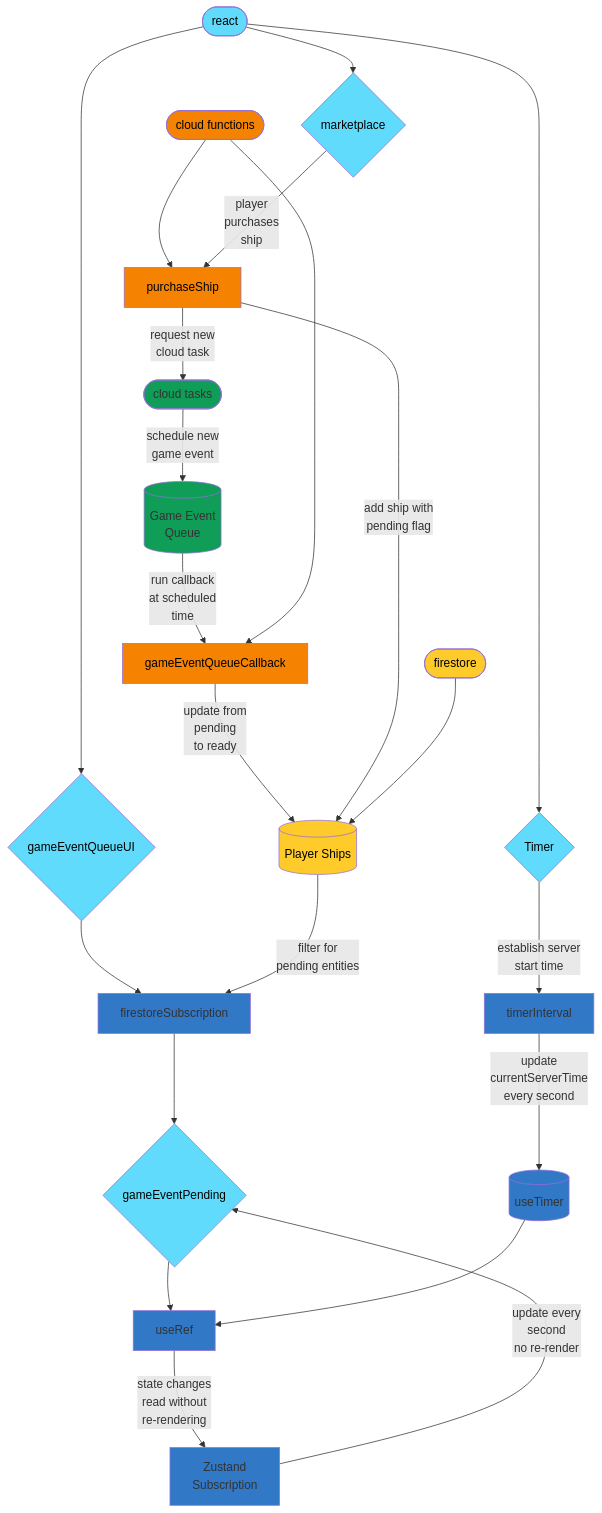
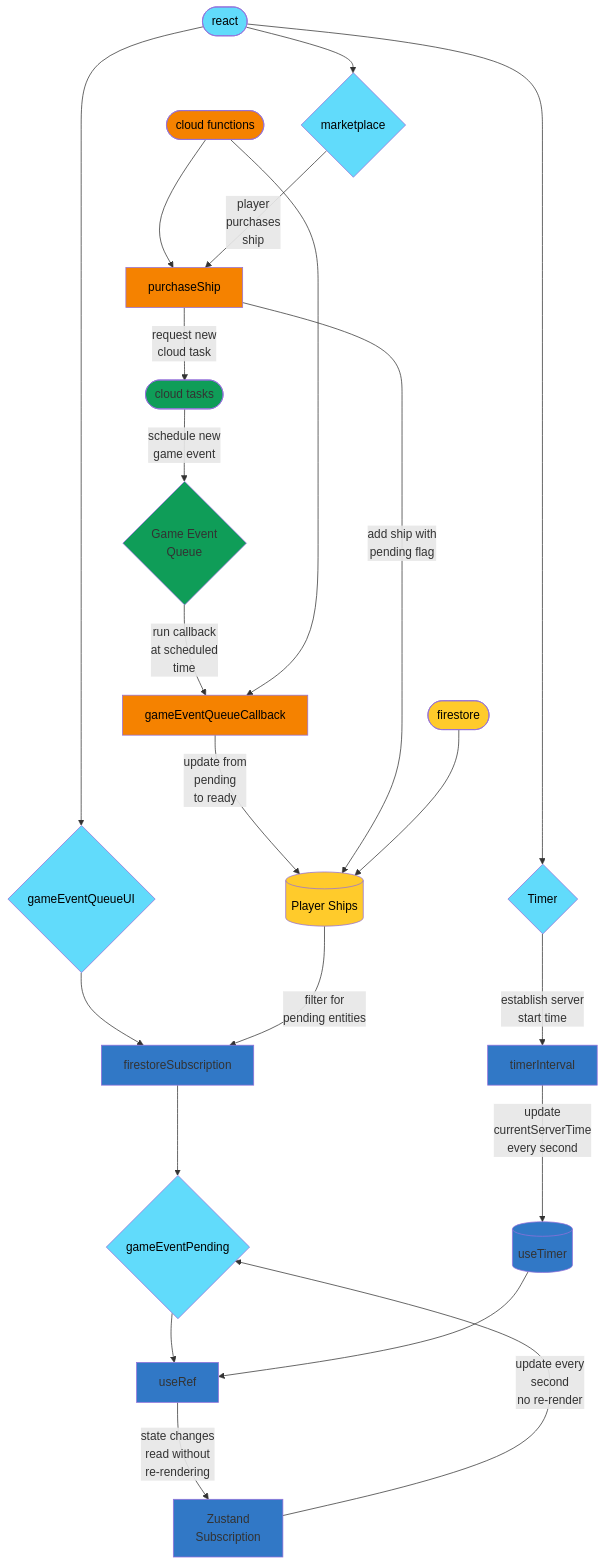
One commit to waldowred5/outpost-odyssey changed the diagram in README.md. Above: the diagram before and after it, drawn with Mermaid.

Commit message:
chore: Readme update

````diff
--- a/README.md
+++ b/README.md
@@ -65,37 +65,37 @@
 ```mermaid
 flowchart TD
   classDef react fill:#61DBFB,color:#000
   classDef typescript fill:#3178C6
   classDef firebase fill:#F58200,color:#000
   classDef firestore fill:#FFCB2B,color:#000
   classDef googleGreen fill:#0F9D58
 
-  cloudTasks([cloud tasks]) --> |schedule new\ngame event| gameEventQueue[(Game Event\nQueue)]
+  cloudTasks([cloud tasks]) --> |schedule new\ngame event| gameEventQueue{Game Event\nQueue}
   gameEventQueue --> |run callback\nat scheduled\ntime| gameEventQueueCallback
   gameEventQueueCallback --> |update from\npending\nto ready| playerShips
   cloudFunctions([cloud functions]) --> purchaseShip
   cloudFunctions --> gameEventQueueCallback[gameEventQueueCallback]
   purchaseShip --> |add ship with\npending flag| playerShips
   purchaseShip --> |request new\ncloud task| cloudTasks
   react([react]) --> gameEventQueueUI{gameEventQueueUI}
   gameEventQueueUI --> firestoreSubscription
   firestore([firestore]) --> playerShips[(Player Ships)]
   playerShips --> |filter for\npending entities| firestoreSubscription
   firestoreSubscription --> gameEventPending{gameEventPending}
   gameEventPending --> useRef
   useRef --> |state changes\nread without\nre-rendering| subscription[Zustand\nSubscription]
   subscription --> |update every\nsecond\nno re-render| gameEventPending
   react --> marketplace{marketplace}
   marketplace --> |player\npurchases\nship| purchaseShip
   react --> timer{Timer}
   timer --> |establish server\nstart time| timerInterval
   timerInterval --> |update\ncurrentServerTime\nevery second| useTimer[(useTimer)]
   useTimer --> useRef
 
 
   class react,gameEventQueueUI,playerShipsUI,marketplace,gameEventPending,gameEventComplete,timer react
   class useRef,subscription,firestoreSubscription,timerInterval,useTimer typescript
   class cloudFunctions,purchaseShip,gameEventQueueCallback firebase
   class firestore,playerShips firestore
   class cloudTasks,gameEventQueue googleGreen
 ```
````
